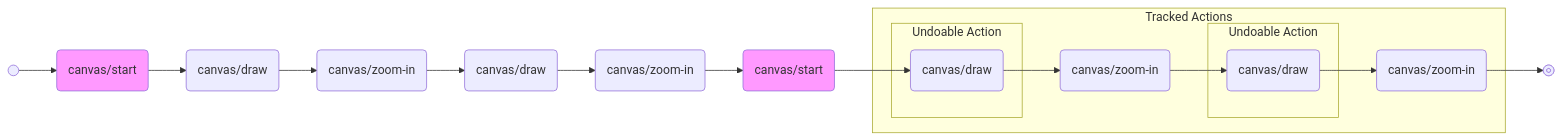
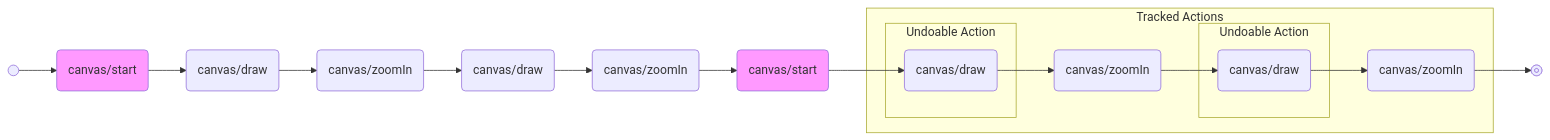
The fifth of 5 diagrams in README.md (ravanscafi/redux-undo-actions), drawn with Mermaid before and after one commit. The commit also changed other lines of this file and 3 other files, not shown here.

````diff
--- a/README.md
+++ b/README.md
@@ -117,43 +117,43 @@
 ```mermaid
 flowchart LR
     Init@{ shape: sm-circ }
     End@{ shape: framed-circle }
     FA(canvas/start)
     FB(canvas/draw)
-    FC(canvas/zoom-in)
+    FC(canvas/zoomIn)
     FD(canvas/draw)
-    FE(canvas/zoom-in)
+    FE(canvas/zoomIn)
     A(canvas/start)
 
     subgraph Tracked Actions
         subgraph 2 ["Undoable Action"]
             B(canvas/draw)
         end
 
-        C(canvas/zoom-in)
+        C(canvas/zoomIn)
 
         subgraph 4 ["Undoable Action"]
             D(canvas/draw)
         end
 
 
-        E(canvas/zoom-in)
+        E(canvas/zoomIn)
     end
 
 
     Init --> FA
     FA --> FB
     FB --> FC
     FC --> FD
     FD --> FE
 
     FE --> A
     A --> B
     B --> C
     C --> D
     D --> E
     E --> End
 
     classDef startAction fill:#f9f
     class A,FA startAction
 ```
````
